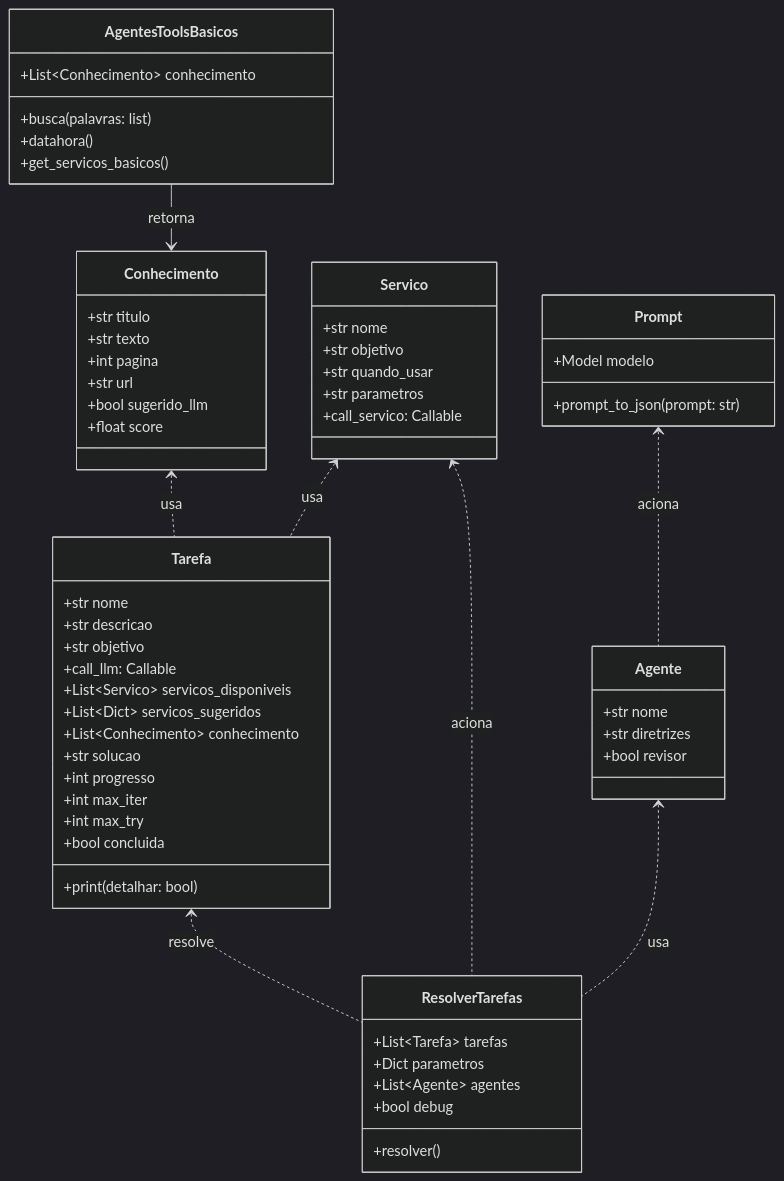
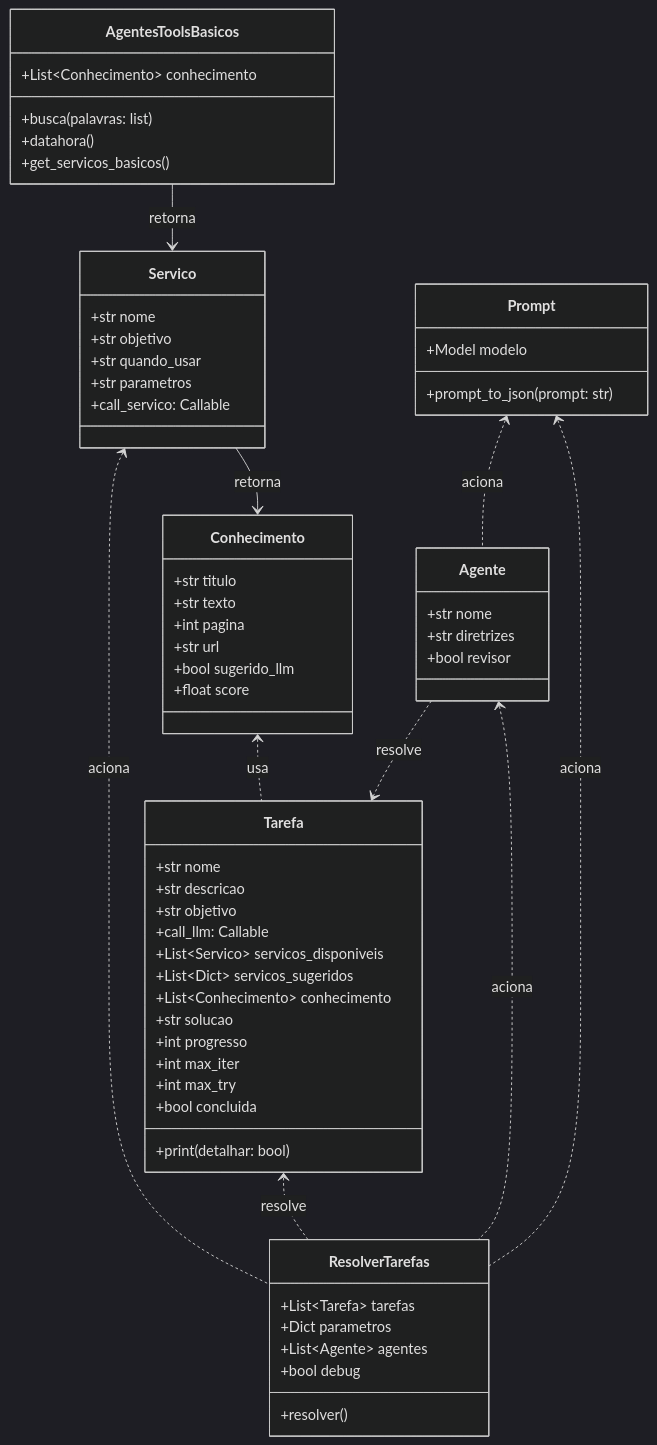
Before and after one commit to luizanisio/llms: the diagram in diagramas.md, drawn with Mermaid (dark theme).

````diff
--- a/diagramas.md
+++ b/diagramas.md
@@ -3,71 +3,73 @@
 ```mermaid
 classDiagram
 
 class Conhecimento {
   +str titulo
   +str texto
   +int pagina
   +str url
   +bool sugerido_llm
   +float score
 }
 
 class Servico {
   +str nome
   +str objetivo
   +str quando_usar
   +str parametros
   +call_servico: Callable
 }
 
 class Tarefa {
   +str nome
   +str descricao
   +str objetivo
   +call_llm: Callable
   +List~Servico~ servicos_disponiveis
   +List~Dict~ servicos_sugeridos
   +List~Conhecimento~ conhecimento
   +str solucao
   +int progresso
   +int max_iter
   +int max_try
   +bool concluida
   +print(detalhar: bool)
 }
 
 class Agente {
   +str nome
   +str diretrizes
   +bool revisor
 }
 
 class ResolverTarefas {
   +List~Tarefa~ tarefas
   +Dict parametros
   +List~Agente~ agentes
   +bool debug
   +resolver()
 }
 
 class Prompt{
   +Model modelo
   +prompt_to_json(prompt: str)
 }
 
 class AgentesToolsBasicos {
   +List~Conhecimento~ conhecimento
   +busca(palavras: list)
   +datahora()
   +get_servicos_basicos()
 }
 
 Conhecimento <.. Tarefa : usa
-Servico <.. Tarefa : usa
+Servico --> Conhecimento : retorna
 Servico <.. ResolverTarefas : aciona
+Agente <.. ResolverTarefas : aciona
 Tarefa <.. ResolverTarefas : resolve
-Agente <.. ResolverTarefas : usa
+Agente ..> Tarefa : resolve
+Prompt <.. ResolverTarefas : aciona
 Prompt <.. Agente : aciona
-AgentesToolsBasicos --> Conhecimento : retorna
+AgentesToolsBasicos --> Servico : retorna
 
 ```
````
